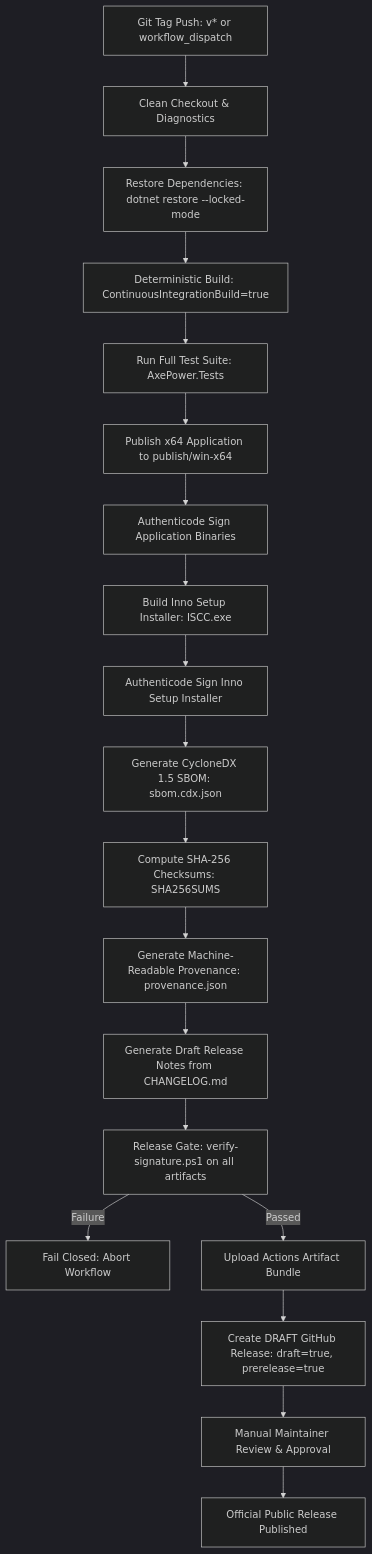
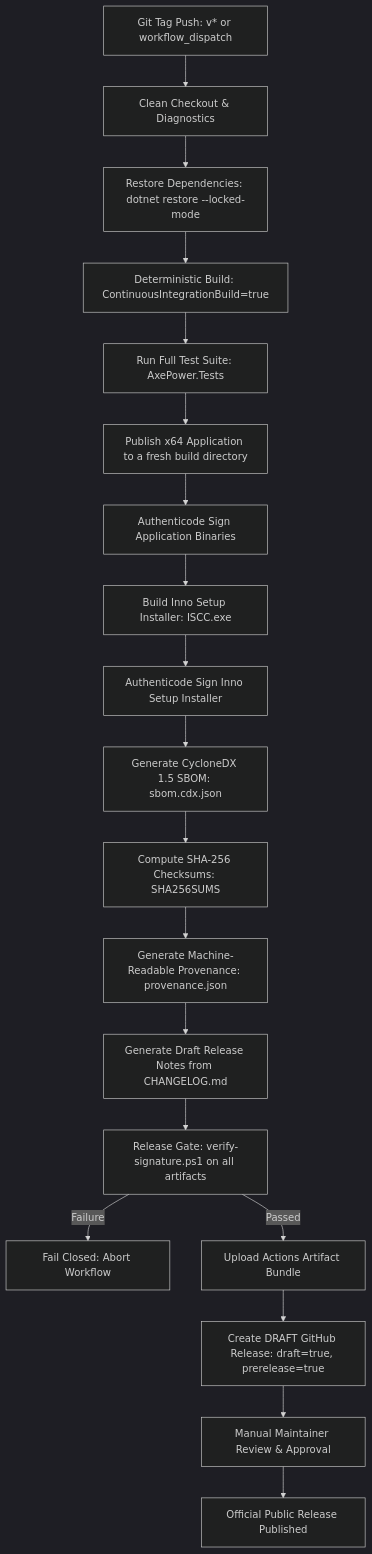
The diagram in docs/engineering/RELEASE_PIPELINE.md (mrAbhimanyuVishwakarma/AxePower), drawn with Mermaid (dark theme) before and after one commit. The commit also changed other lines of this file and 1203 other files, not shown here.

````diff
--- a/docs/engineering/RELEASE_PIPELINE.md
+++ b/docs/engineering/RELEASE_PIPELINE.md
@@ -17,21 +17,21 @@
 ```mermaid
 graph TD
     A[Git Tag Push: v* or workflow_dispatch] --> B[Clean Checkout & Diagnostics]
     B --> C[Restore Dependencies: dotnet restore --locked-mode]
     C --> D[Deterministic Build: ContinuousIntegrationBuild=true]
     D --> E[Run Full Test Suite: AxePower.Tests]
-    E --> F[Publish x64 Application to publish/win-x64]
+    E --> F[Publish x64 Application to a fresh build directory]
     F --> G[Authenticode Sign Application Binaries]
     G --> H[Build Inno Setup Installer: ISCC.exe]
     H --> I[Authenticode Sign Inno Setup Installer]
     I --> J[Generate CycloneDX 1.5 SBOM: sbom.cdx.json]
     J --> K[Compute SHA-256 Checksums: SHA256SUMS]
     K --> L[Generate Machine-Readable Provenance: provenance.json]
     L --> M[Generate Draft Release Notes from CHANGELOG.md]
     M --> N[Release Gate: verify-signature.ps1 on all artifacts]
     N -->|Failure| X[Fail Closed: Abort Workflow]
     N -->|Passed| O[Upload Actions Artifact Bundle]
     O --> P[Create DRAFT GitHub Release: draft=true, prerelease=true]
     P --> Q[Manual Maintainer Review & Approval]
     Q --> R[Official Public Release Published]
 ```
````
